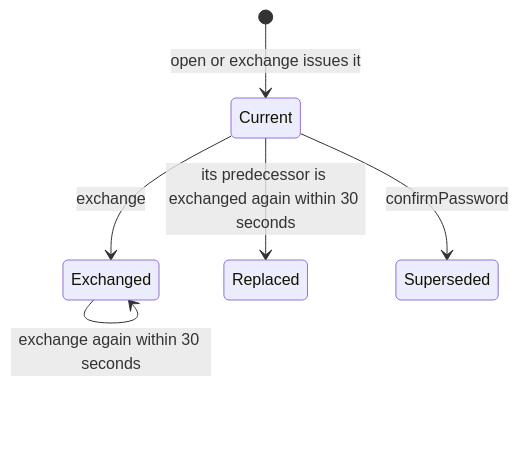
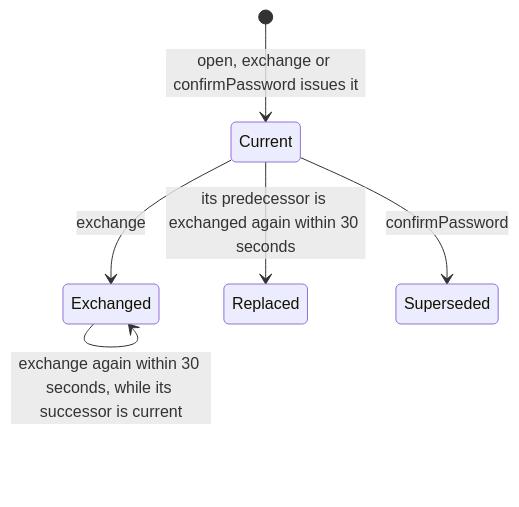
Diagram 19 of 29 in docs/architecture/domain_layer/domain_layer_visual_guide.md (NaimElijah/DispatchFlow), drawn with Mermaid before and after one commit. The commit also changed other lines of this file and 3 other files, not shown here.

First line of the commit message:
docs(architecture): correct the domain guide and link it

````diff
--- a/docs/architecture/domain_layer/domain_layer_visual_guide.md
+++ b/docs/architecture/domain_layer/domain_layer_visual_guide.md
@@ -1413,8 +1427,8 @@
 ```mermaid
 stateDiagram-v2
-  [*] --> Current : open or exchange issues it
+  [*] --> Current : open, exchange or confirmPassword issues it
   Current --> Exchanged : exchange
-  Exchanged --> Exchanged : exchange again within 30 seconds
+  Exchanged --> Exchanged : exchange again within 30 seconds, while its successor is current
   Current --> Replaced : its predecessor is exchanged again within 30 seconds
   Current --> Superseded : confirmPassword
 ```
````
